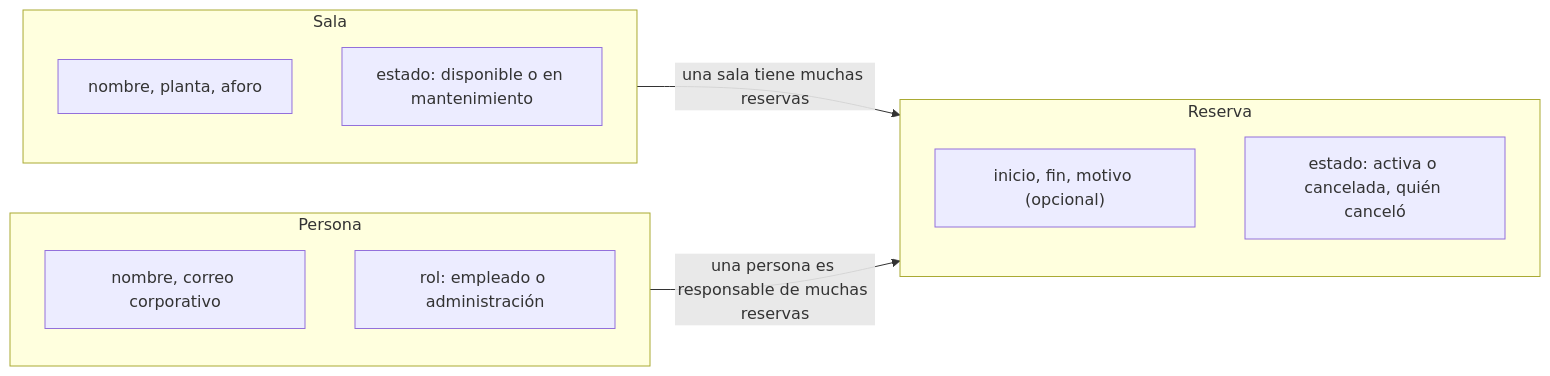
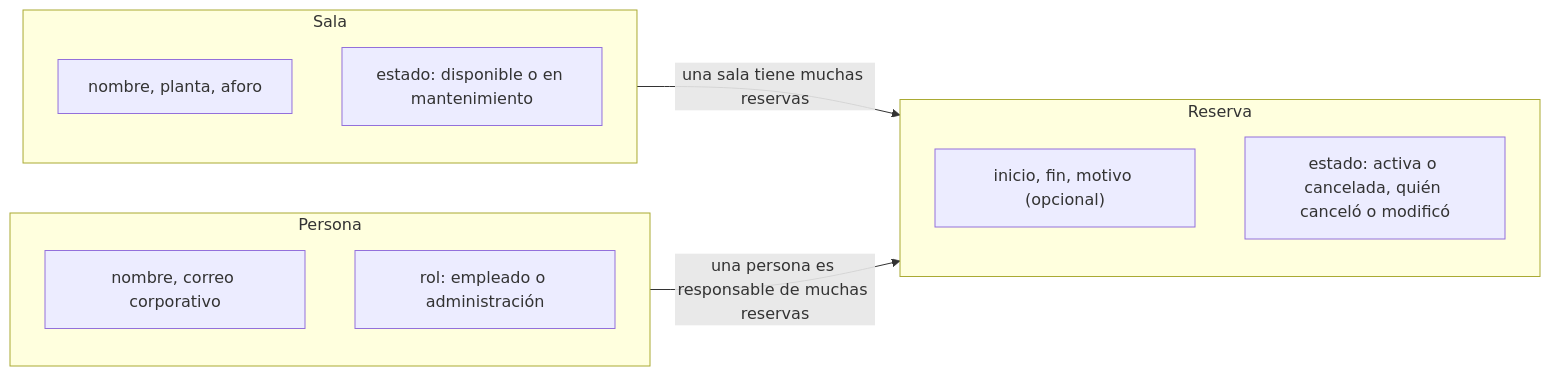
One commit to antroc/charla-sdd changed the diagram in ejercicios/soluciones/03-reserva-salas/plan.md. Above: the diagram before and after it, drawn with Mermaid. The commit also changed other lines of this file and 43 other files, not shown here.

````diff
--- a/ejercicios/soluciones/03-reserva-salas/plan.md
+++ b/ejercicios/soluciones/03-reserva-salas/plan.md
@@ -70,17 +70,17 @@
 ```mermaid
 flowchart LR
   subgraph sala ["Sala"]
     S1["nombre, planta, aforo"]
     S2["estado: disponible o en mantenimiento"]
   end
   subgraph reserva ["Reserva"]
     R1["inicio, fin, motivo (opcional)"]
-    R2["estado: activa o cancelada, quién canceló"]
+    R2["estado: activa o cancelada, quién canceló o modificó"]
   end
   subgraph persona ["Persona"]
     P1["nombre, correo corporativo"]
     P2["rol: empleado o administración"]
   end
   sala -->|"una sala tiene muchas reservas"| reserva
   persona -->|"una persona es responsable de muchas reservas"| reserva
 ```
````
